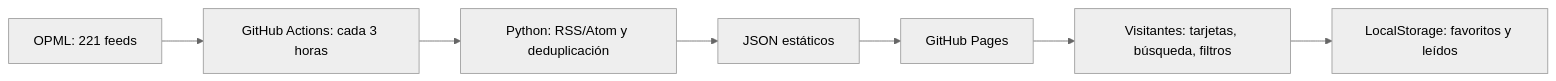
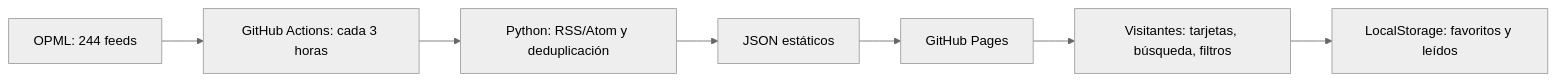
Before and after one commit to medinacaj/notisonda: the diagram in README.md, drawn with Mermaid (neutral theme). The commit also changed other lines of this file and 9 other files, not shown here.

````diff
--- a/README.md
+++ b/README.md
@@ -9,9 +9,9 @@
 ```mermaid
 flowchart LR
-  A[OPML: 221 feeds] --> B[GitHub Actions: cada 3 horas]
+  A[OPML: 244 feeds] --> B[GitHub Actions: cada 3 horas]
   B --> C[Python: RSS/Atom y deduplicación]
   C --> D[JSON estáticos]
   D --> E[GitHub Pages]
   E --> F[Visitantes: tarjetas, búsqueda, filtros]
   F --> G[LocalStorage: favoritos y leídos]
 ```
````
